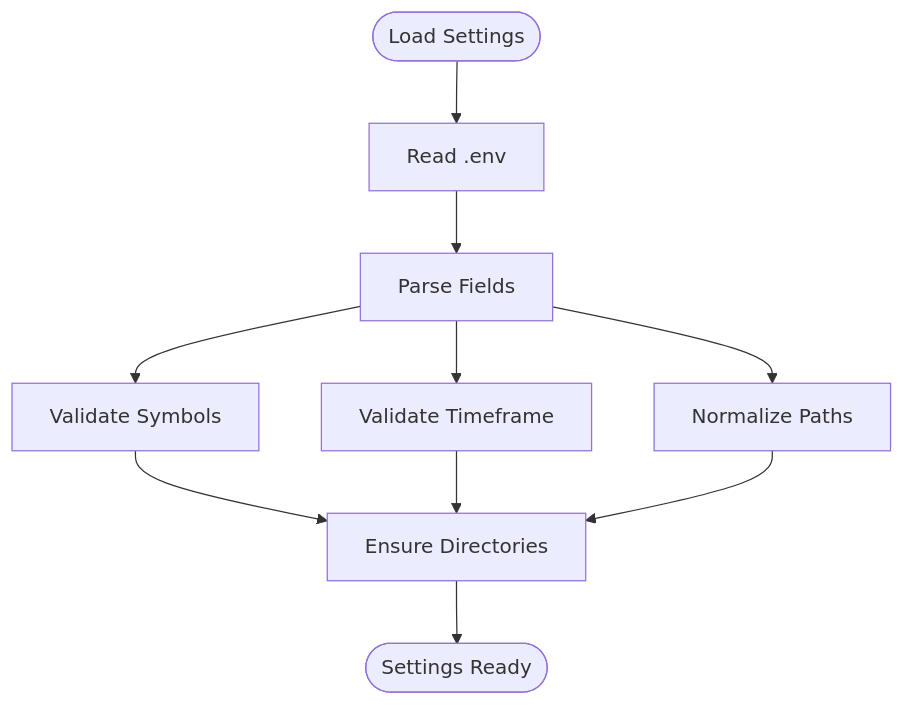
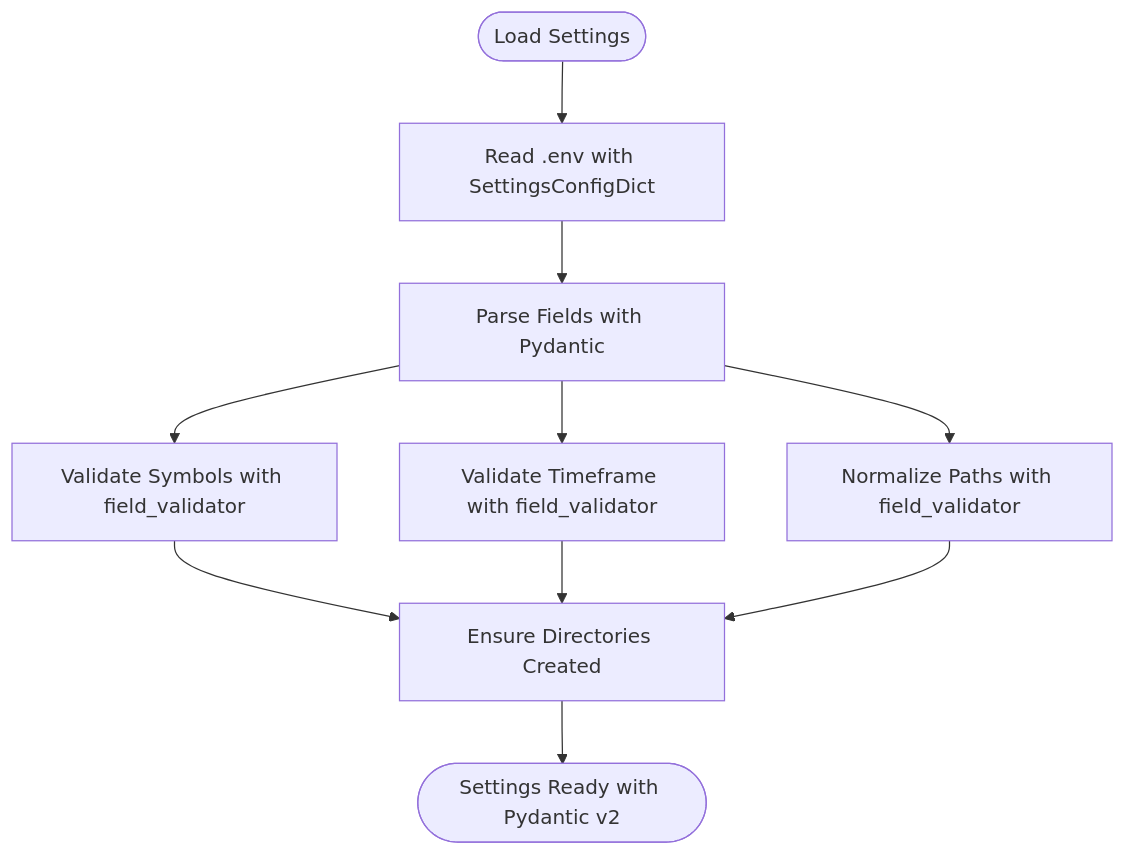
One commit to cavraeg-eng/Trading-App changed the fourth of 5 diagrams in .qoder/repowiki/en/content/Configuration Management/Configuration Management.md. Above: the diagram before and after it, drawn with Mermaid. The commit also changed other lines of this file and 50 other files, not shown here.

````diff
--- a/.qoder/repowiki/en/content/Configuration Management/Configuration Management.md
+++ b/.qoder/repowiki/en/content/Configuration Management/Configuration Management.md
@@ -333,12 +386,12 @@
 ```mermaid
 flowchart TD
-Start(["Load Settings"]) --> Env["Read .env"]
-Env --> Parse["Parse Fields"]
-Parse --> ValidateSymbols["Validate Symbols"]
-Parse --> ValidateTimeframe["Validate Timeframe"]
-Parse --> NormalizePaths["Normalize Paths"]
-ValidateSymbols --> PathsExist["Ensure Directories"]
+Start(["Load Settings"]) --> Env["Read .env with SettingsConfigDict"]
+Env --> Parse["Parse Fields with Pydantic"]
+Parse --> ValidateSymbols["Validate Symbols with field_validator"]
+Parse --> ValidateTimeframe["Validate Timeframe with field_validator"]
+Parse --> NormalizePaths["Normalize Paths with field_validator"]
+ValidateSymbols --> PathsExist["Ensure Directories Created"]
 ValidateTimeframe --> PathsExist
 NormalizePaths --> PathsExist
-PathsExist --> Ready(["Settings Ready"])
+PathsExist --> Ready(["Settings Ready with Pydantic v2"])
 ```
````
